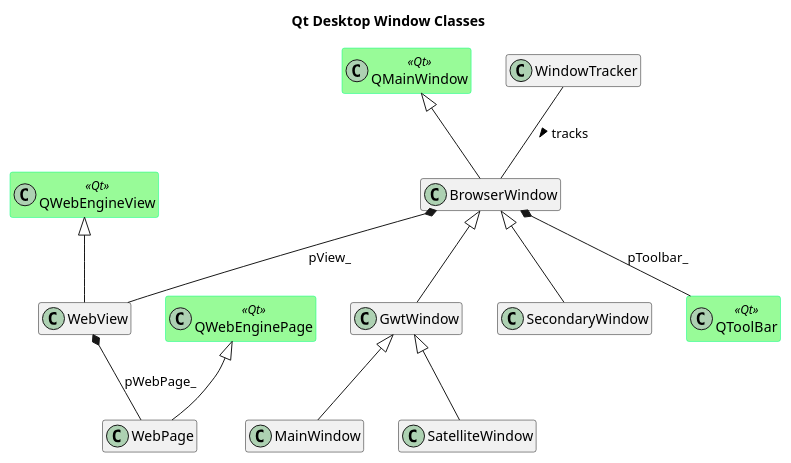
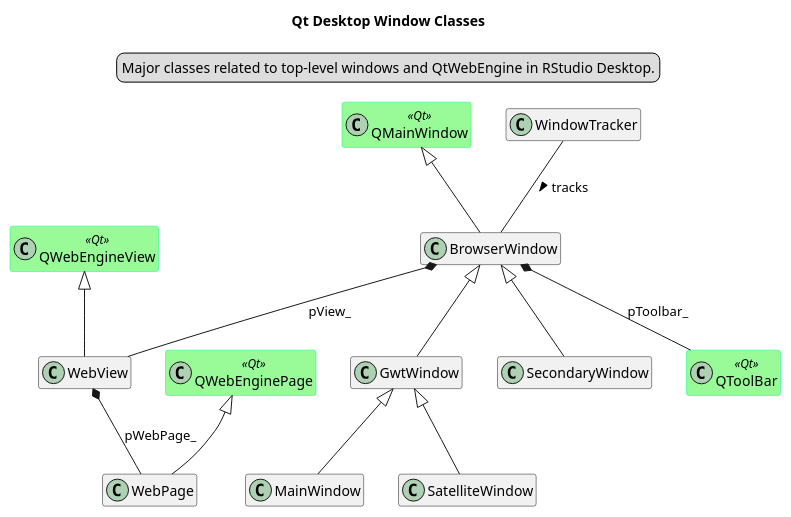
Before and after one commit to rstudio/rstudio: the diagram in src/node/desktop/docs/QtWindowClasses.puml, drawn with PlantUML. The commit also changed 2 other files, not shown here.

Commit message:
uml diagrams for Electron work

```diff
--- a/src/node/desktop/docs/QtWindowClasses.puml
+++ b/src/node/desktop/docs/QtWindowClasses.puml
@@ -1,31 +1,33 @@
 @startuml
 title Qt Desktop Window Classes
+legend top center
+Major classes related to top-level windows and QtWebEngine in RStudio Desktop.
+endlegend
 
 hide empty members
 
 skinparam class {
 BackgroundColor<<Qt>> PaleGreen
 BorderColor<<Qt>> SpringGreen
 }
-skinparam stereotypeCBackgroundColor<< Qt >> DimGray
 
 class QMainWindow << Qt >>
 class QWebEngineView << Qt >>
 class QWebEnginePage << Qt >>
 class QToolBar << Qt >>
 
 class WindowTracker
 class BrowserWindow extends QMainWindow
 class WebView extends QWebEngineView
 class WebPage extends QWebEnginePage
 class GwtWindow extends BrowserWindow
 class MainWindow extends GwtWindow
 class SatelliteWindow extends GwtWindow
 class SecondaryWindow extends BrowserWindow
 
 BrowserWindow *-- QToolBar : pToolbar_
 BrowserWindow *-- WebView : pView_
 WebView *-- WebPage : pWebPage_
 WindowTracker -- BrowserWindow : tracks >
 
 @enduml
```
